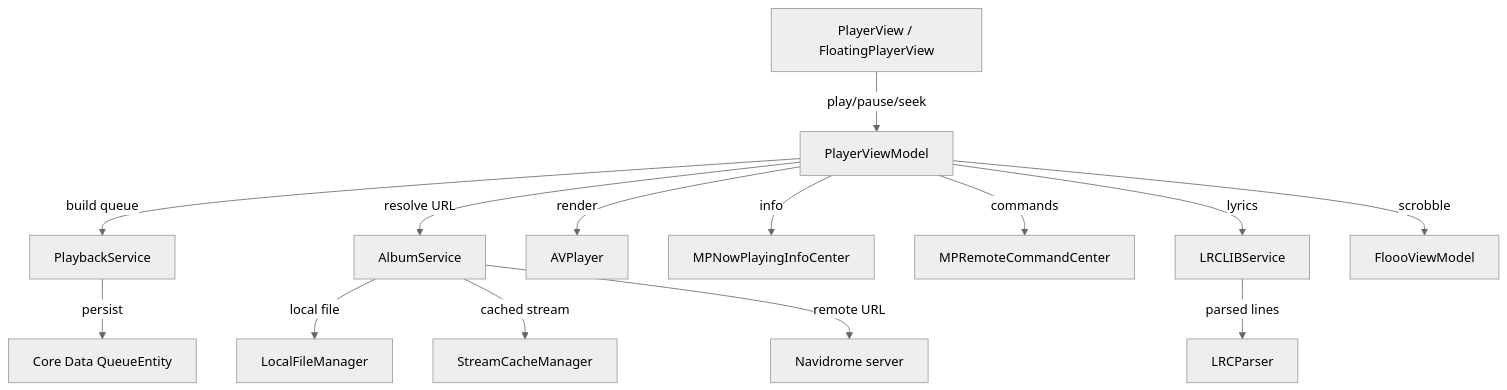
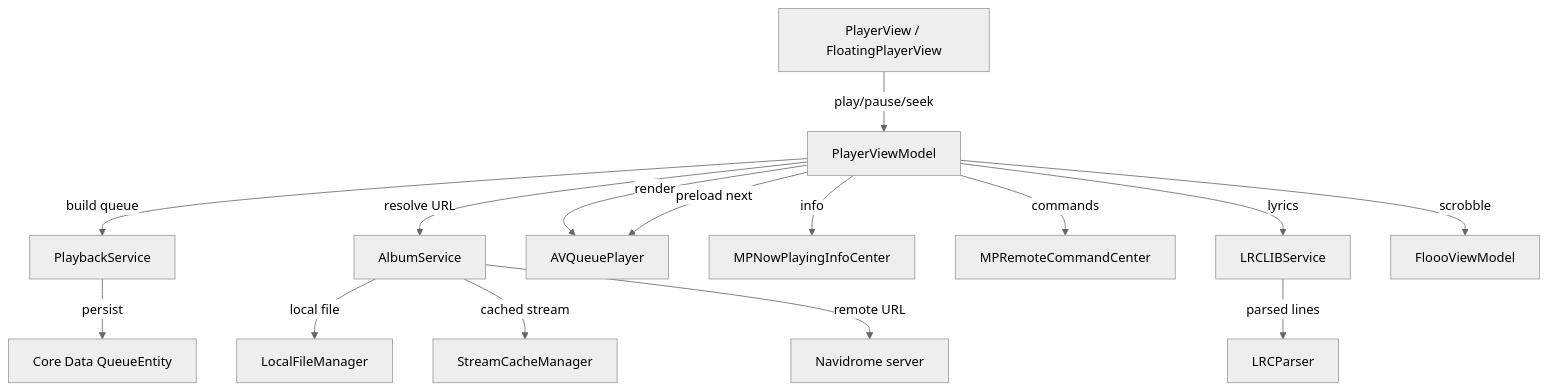
The diagram in .wiki/features/audio-playback.md (kepelet/flo), drawn with Mermaid (neutral theme) before and after one commit. The commit also changed other lines of this file and 4 other files, not shown here.

First line of the commit message:
feat(player): gapless playback via AVQueuePlayer

````diff
--- a/.wiki/features/audio-playback.md
+++ b/.wiki/features/audio-playback.md
@@ -52,16 +52,17 @@
 ```mermaid
 flowchart TD
     UI[PlayerView / FloatingPlayerView] -->|play/pause/seek| VM[PlayerViewModel]
     VM -->|build queue| PS[PlaybackService]
     PS -->|persist| CD[Core Data QueueEntity]
     VM -->|resolve URL| AS[AlbumService]
     AS -->|local file| LF[LocalFileManager]
     AS -->|cached stream| SCM[StreamCacheManager]
     AS -->|remote URL| ND[Navidrome server]
-    VM -->|render| AV[AVPlayer]
+    VM -->|render| AV[AVQueuePlayer]
+    VM -->|preload next| AV
     VM -->|info| MP[MPNowPlayingInfoCenter]
     VM -->|commands| RC[MPRemoteCommandCenter]
     VM -->|lyrics| LS[LRCLIBService]
     LS -->|parsed lines| LP[LRCParser]
     VM -->|scrobble| FVM[FloooViewModel]
 ```
````
